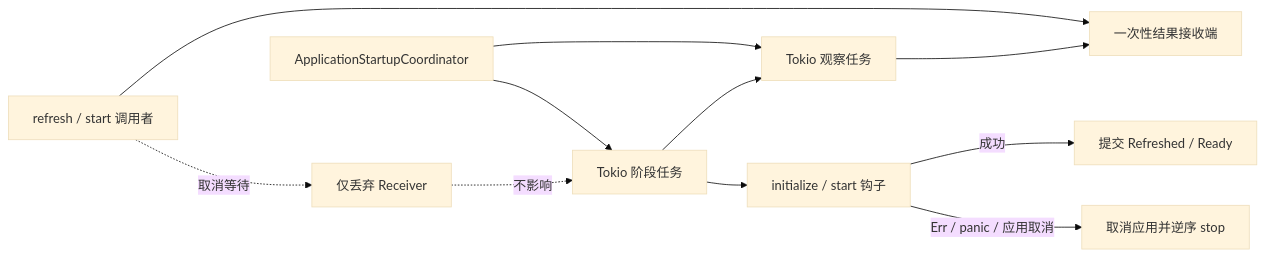
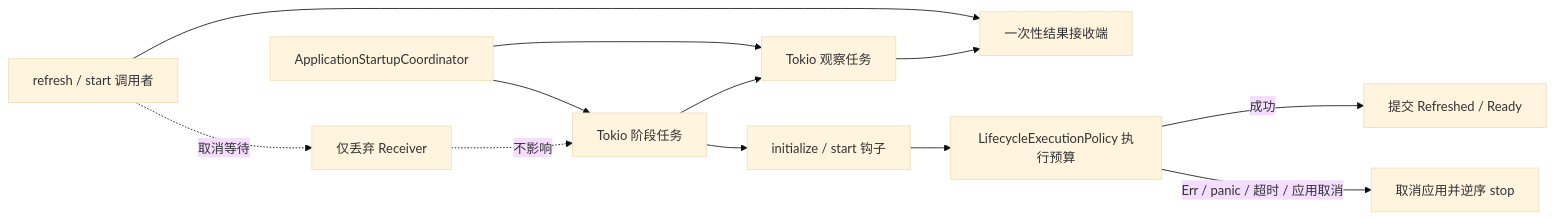
Diagram 11 of 16 in docs/Vernal-Architecture.zh_CN.md (easy-4-rust/vernal), drawn with Mermaid (base theme) before and after one commit. The commit also changed other lines of this file and 17 other files, not shown here.

Commit message:
feat(context): bound lifecycle hook execution

````diff
--- a/docs/Vernal-Architecture.zh_CN.md
+++ b/docs/Vernal-Architecture.zh_CN.md
@@ -654,13 +655,14 @@
 ```mermaid
 flowchart LR
     Caller["refresh / start 调用者"] --> Receiver["一次性结果接收端"]
     Caller -.->|"取消等待"| Dropped["仅丢弃 Receiver"]
     Startup["ApplicationStartupCoordinator"] --> Operation["Tokio 阶段任务"]
     Startup --> Observer["Tokio 观察任务"]
     Operation --> Hooks["initialize / start 钩子"]
-    Hooks -->|"成功"| Commit["提交 Refreshed / Ready"]
-    Hooks -->|"Err / panic / 应用取消"| Rollback["取消应用并逆序 stop"]
+    Hooks --> Budget["LifecycleExecutionPolicy 执行预算"]
+    Budget -->|"成功"| Commit["提交 Refreshed / Ready"]
+    Budget -->|"Err / panic / 超时 / 应用取消"| Rollback["取消应用并逆序 stop"]
     Operation --> Observer
     Observer --> Receiver
     Dropped -.->|"不影响"| Operation
 ```
````
